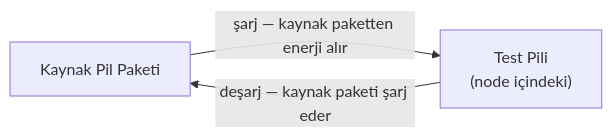
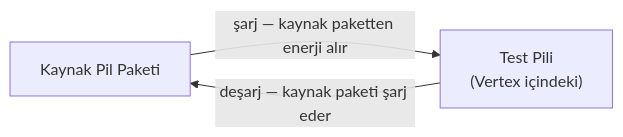
One commit to mkadayifci/tronloop-defteri-kebir changed the diagram in docs/02-hardware/node-design.md. Above: the diagram before and after it, drawn with Mermaid. The commit also changed other lines of this file and 21 other files, not shown here.

````diff
--- a/docs/02-hardware/node-design.md
+++ b/docs/02-hardware/node-design.md
@@ -11,7 +21,7 @@
 ```mermaid
 flowchart LR
     KP["Kaynak Pil Paketi"]
-    TP["Test Pili<br/>(node içindeki)"]
+    TP["Test Pili<br/>(Vertex içindeki)"]
     KP -->|"şarj — kaynak paketten enerji alır"| TP
     TP -->|"deşarj — kaynak paketi şarj eder"| KP
 ```
````
